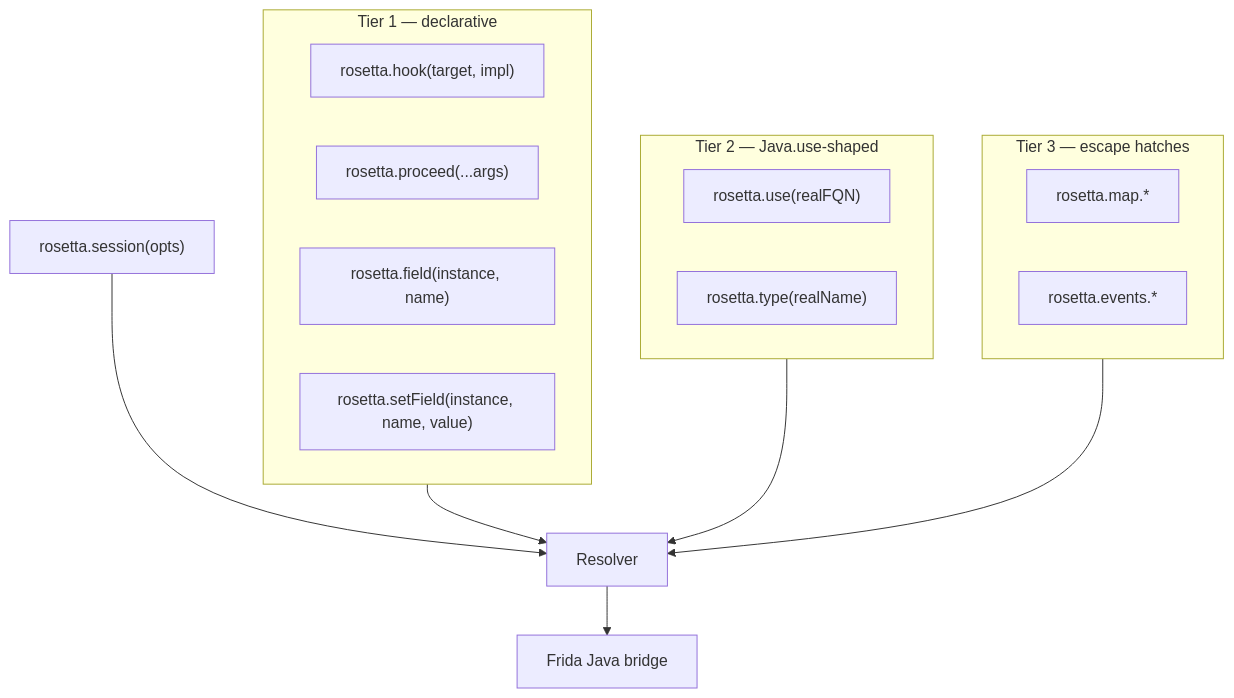
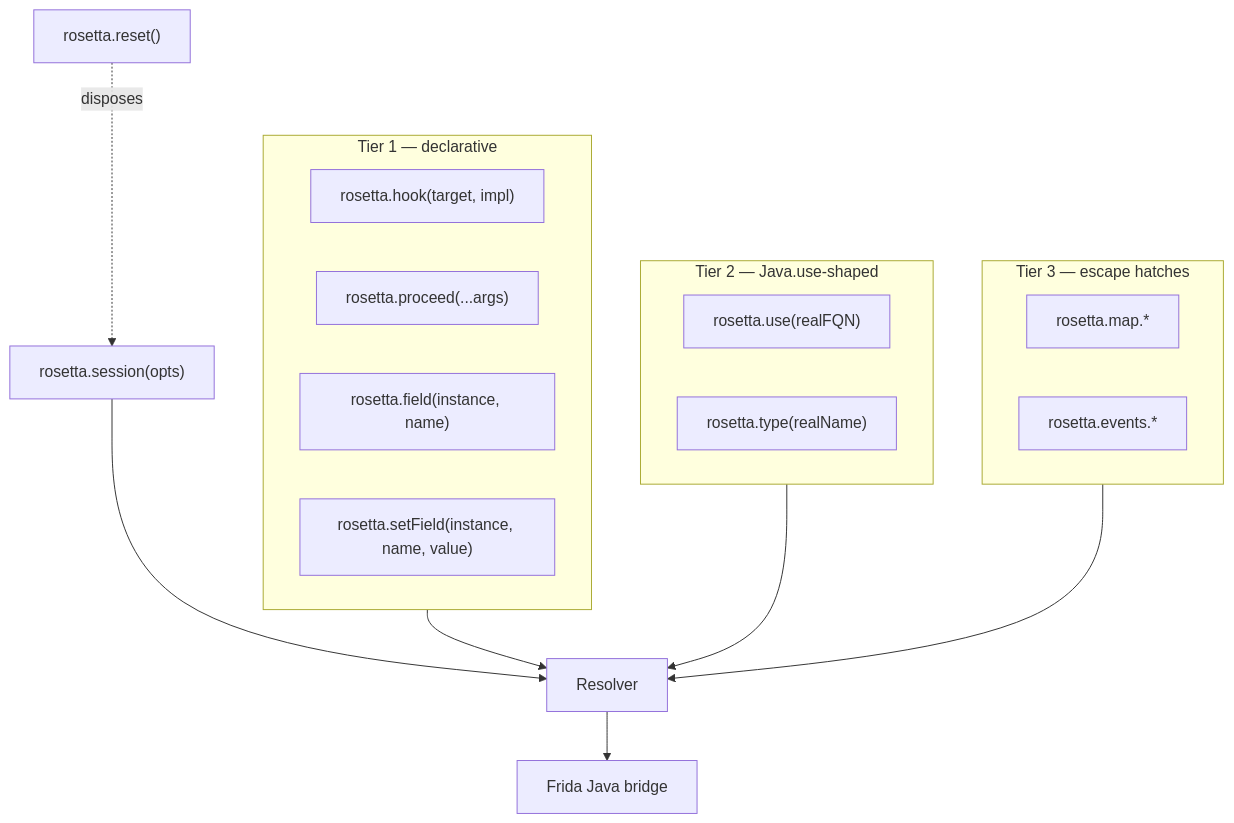
Before and after one commit to Xiddoc/rosetta-frida: the diagram in docs/api/overview.md, drawn with Mermaid. The commit also changed other lines of this file and 4 other files, not shown here.

````diff
--- a/docs/api/overview.md
+++ b/docs/api/overview.md
@@ -20,27 +20,29 @@
 ```mermaid
 flowchart TB
     subgraph T1[Tier 1 — declarative]
         H["rosetta.hook(target, impl)"]
         P["rosetta.proceed(...args)"]
         F["rosetta.field(instance, name)"]
         S["rosetta.setField(instance, name, value)"]
     end
     subgraph T2[Tier 2 — Java.use-shaped]
         U["rosetta.use(realFQN)"]
         TY["rosetta.type(realName)"]
     end
     subgraph T3[Tier 3 — escape hatches]
         M["rosetta.map.*"]
         E["rosetta.events.*"]
     end
 
     SESS["rosetta.session(opts)"]
+    RST["rosetta.reset()"]
     R[Resolver]
     JAVA[Frida Java bridge]
 
     SESS --> R
+    RST -. disposes .-> SESS
     T1 --> R
     T2 --> R
     T3 --> R
     R --> JAVA
 ```
````
